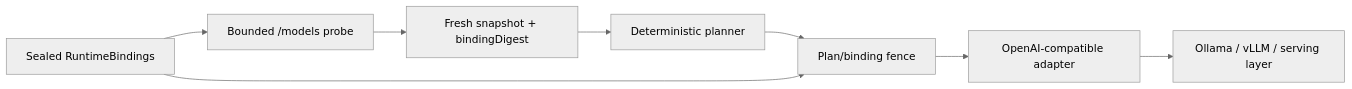
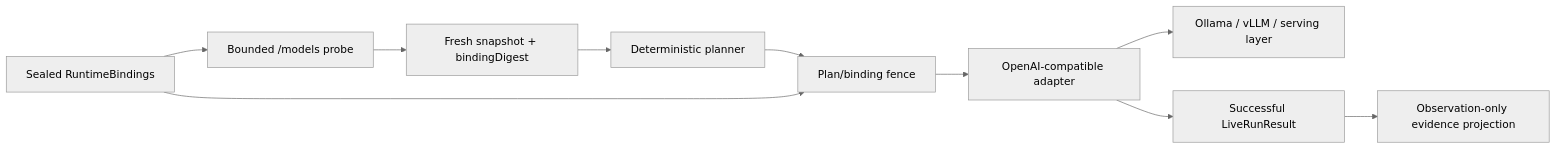
One commit to aantenore/stagefabric changed the second of 5 diagrams in docs/architecture.md. Above: the diagram before and after it, drawn with Mermaid (neutral theme). The commit also changed other lines of this file and 7 other files, not shown here.

````diff
--- a/docs/architecture.md
+++ b/docs/architecture.md
@@ -20,10 +20,12 @@
 ```mermaid
 flowchart LR
   B["Sealed RuntimeBindings"] --> Q["Bounded /models probe"]
   Q --> S["Fresh snapshot + bindingDigest"]
   S --> P["Deterministic planner"]
   P --> F["Plan/binding fence"]
   B --> F
   F --> O["OpenAI-compatible adapter"]
   O --> V["Ollama / vLLM / serving layer"]
+  O --> L["Successful LiveRunResult"]
+  L --> E["Observation-only evidence projection"]
 ```
````
